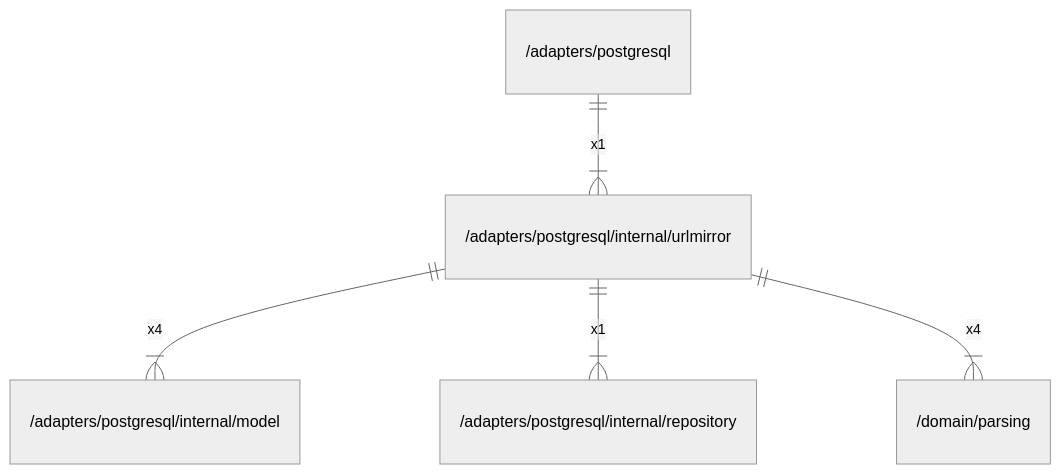
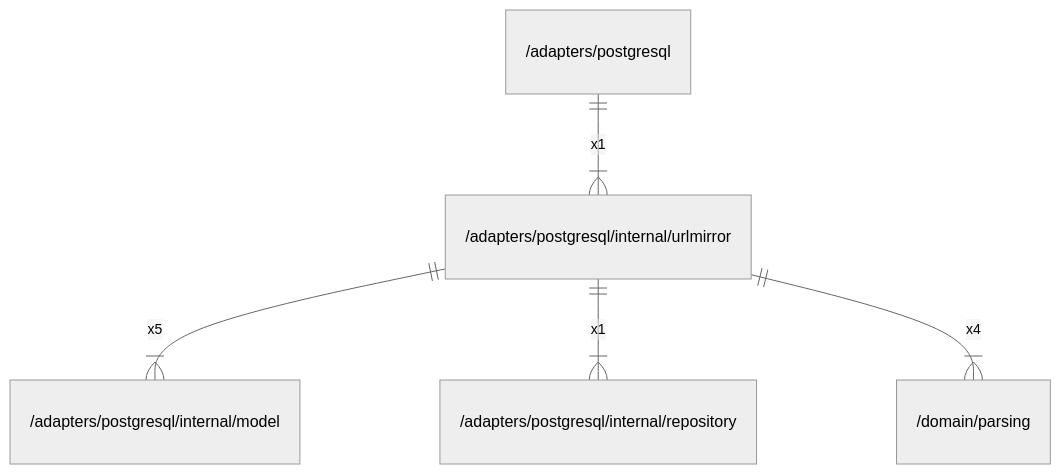
Before and after one commit to gbh007/hgraber-next: the diagram in docs/arch/adapters/postgresql/internal/urlmirror.md, drawn with Mermaid (neutral theme). The commit also changed other lines of this file and 98 other files, not shown here.

````diff
--- a/docs/arch/adapters/postgresql/internal/urlmirror.md
+++ b/docs/arch/adapters/postgresql/internal/urlmirror.md
@@ -23,7 +35,7 @@
 ```mermaid
 erDiagram
     "/adapters/postgresql" ||--|{ "/adapters/postgresql/internal/urlmirror" : x1
-    "/adapters/postgresql/internal/urlmirror" ||--|{ "/adapters/postgresql/internal/model" : x4
+    "/adapters/postgresql/internal/urlmirror" ||--|{ "/adapters/postgresql/internal/model" : x5
     "/adapters/postgresql/internal/urlmirror" ||--|{ "/adapters/postgresql/internal/repository" : x1
     "/adapters/postgresql/internal/urlmirror" ||--|{ "/domain/parsing" : x4
 ```
````
